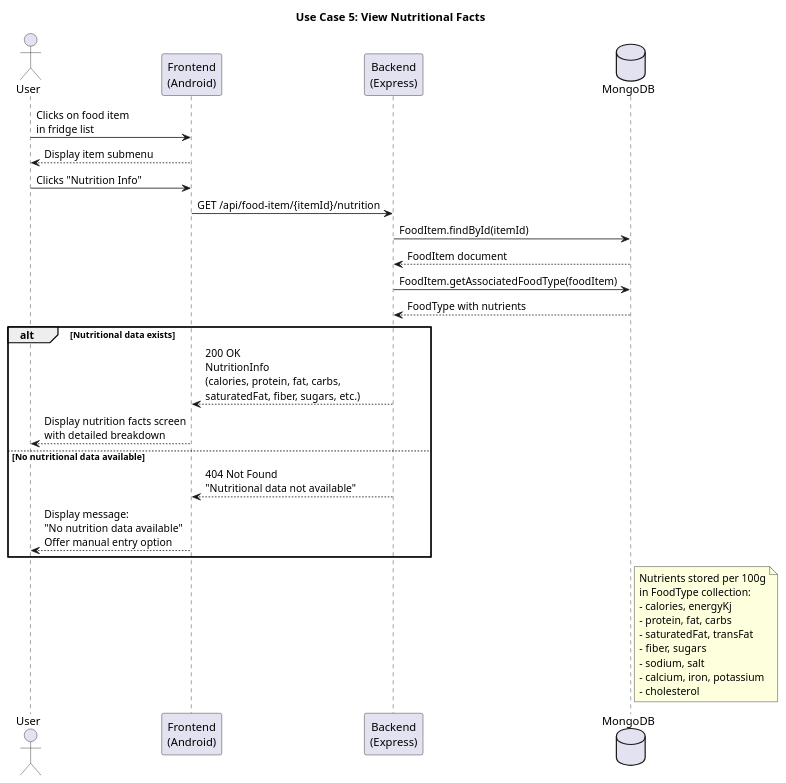
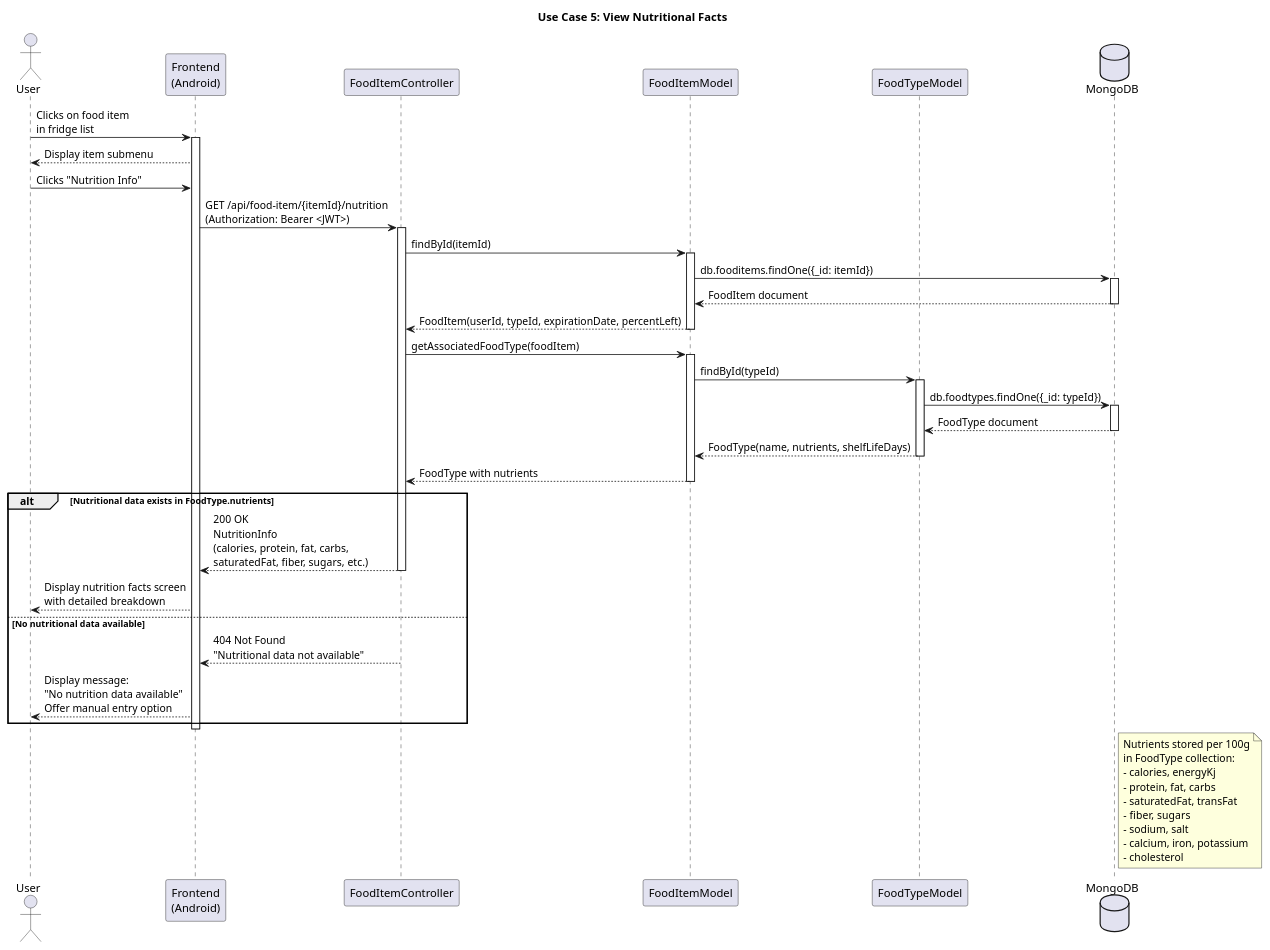
One commit to virtualfridge/virtualfridge changed the diagram in documentation/diagrams/viewNutritionDiagram.plantuml. Above: the diagram before and after it, drawn with PlantUML. The commit also changed 5 other files, not shown here.

```diff
--- a/documentation/diagrams/viewNutritionDiagram.plantuml
+++ b/documentation/diagrams/viewNutritionDiagram.plantuml
@@ -1,43 +1,65 @@
 @startuml
 title Use Case 5: View Nutritional Facts
 
 actor User
 participant "Frontend\n(Android)" as Frontend
-participant "Backend\n(Express)" as Backend
+participant "FoodItemController" as Controller
+participant "FoodItemModel" as FoodItemModel
+participant "FoodTypeModel" as FoodTypeModel
 database "MongoDB" as DB
 
 User -> Frontend: Clicks on food item\nin fridge list
+activate Frontend
 Frontend --> User: Display item submenu
 User -> Frontend: Clicks "Nutrition Info"
 
-Frontend -> Backend: GET /api/food-item/{itemId}/nutrition
+Frontend -> Controller: GET /api/food-item/{itemId}/nutrition\n(Authorization: Bearer <JWT>)
+activate Controller
 
-Backend -> DB: FoodItem.findById(itemId)
-DB --> Backend: FoodItem document
+Controller -> FoodItemModel: findById(itemId)
+activate FoodItemModel
+FoodItemModel -> DB: db.fooditems.findOne({_id: itemId})
+activate DB
+DB --> FoodItemModel: FoodItem document
+deactivate DB
+FoodItemModel --> Controller: FoodItem(userId, typeId, expirationDate, percentLeft)
+deactivate FoodItemModel
 
-Backend -> DB: FoodItem.getAssociatedFoodType(foodItem)
-DB --> Backend: FoodType with nutrients
+Controller -> FoodItemModel: getAssociatedFoodType(foodItem)
+activate FoodItemModel
+FoodItemModel -> FoodTypeModel: findById(typeId)
+activate FoodTypeModel
+FoodTypeModel -> DB: db.foodtypes.findOne({_id: typeId})
+activate DB
+DB --> FoodTypeModel: FoodType document
+deactivate DB
+FoodTypeModel --> FoodItemModel: FoodType(name, nutrients, shelfLifeDays)
+deactivate FoodTypeModel
+FoodItemModel --> Controller: FoodType with nutrients
+deactivate FoodItemModel
 
-alt Nutritional data exists
-    Backend --> Frontend: 200 OK\nNutritionInfo\n(calories, protein, fat, carbs,\nsaturatedFat, fiber, sugars, etc.)
-
+alt Nutritional data exists in FoodType.nutrients
+    Controller --> Frontend: 200 OK\nNutritionInfo\n(calories, protein, fat, carbs,\nsaturatedFat, fiber, sugars, etc.)
+    deactivate Controller
     Frontend --> User: Display nutrition facts screen\nwith detailed breakdown
 
 else No nutritional data available
-    Backend --> Frontend: 404 Not Found\n"Nutritional data not available"
+    Controller --> Frontend: 404 Not Found\n"Nutritional data not available"
+    deactivate Controller
     Frontend --> User: Display message:\n"No nutrition data available"\nOffer manual entry option
 end
+deactivate Frontend
 
 note right of DB
   Nutrients stored per 100g
   in FoodType collection:
   - calories, energyKj
   - protein, fat, carbs
   - saturatedFat, transFat
   - fiber, sugars
   - sodium, salt
   - calcium, iron, potassium
   - cholesterol
 end note
 
 @enduml
```
